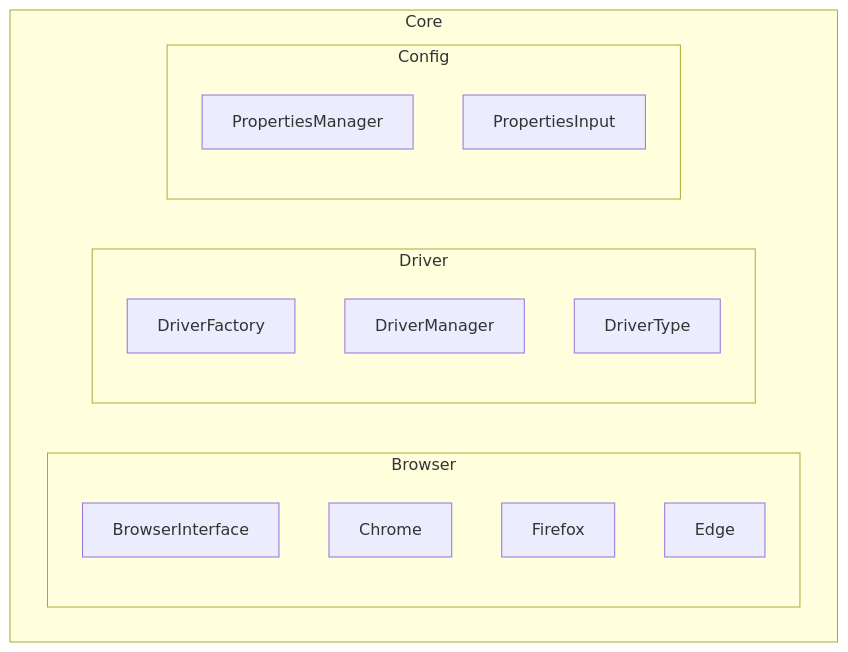
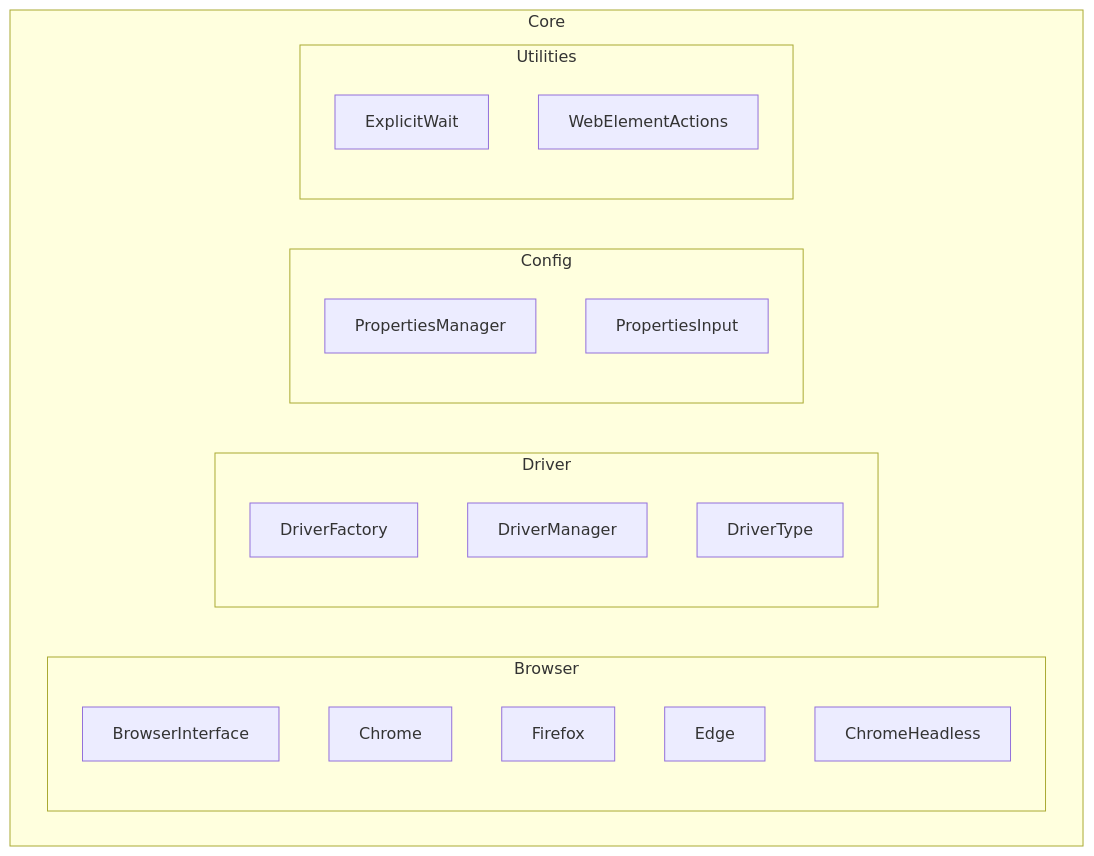
One commit to ovidiocbba/ui-automation-framework changed the diagram in README.md. Above: the diagram before and after it, drawn with Mermaid. The commit also changed other lines of this file, not shown here.

````diff
--- a/README.md
+++ b/README.md
@@ -61,23 +59,29 @@
-```mermaid
+``` mermaid
 flowchart TD
 
 subgraph Core
     subgraph Browser
         BrowserInterface
         Chrome
         Firefox
         Edge
+        ChromeHeadless
     end
 
     subgraph Driver
         DriverFactory
         DriverManager
         DriverType
     end
 
     subgraph Config
         PropertiesManager
         PropertiesInput
     end
+
+    subgraph Utilities
+        ExplicitWait
+        WebElementActions
+    end
 end
 ```
````
